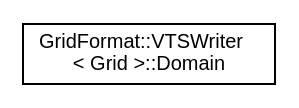
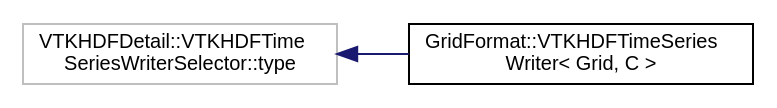
The diagram in inherit_graph_46.dot (dglaeser/gridformat), drawn with Graphviz before and after one commit. The commit also changed 368 other files, not shown here.

```diff
--- a/inherit_graph_46.dot
+++ b/inherit_graph_46.dot
@@ -1,8 +1,10 @@
 digraph "Graphical Class Hierarchy"
 {
  // LATEX_PDF_SIZE
   edge [fontname="Helvetica",fontsize="10",labelfontname="Helvetica",labelfontsize="10"];
   node [fontname="Helvetica",fontsize="10",shape=record];
   rankdir="LR";
-  Node0 [label="GridFormat::VTSWriter\l\< Grid \>::Domain",height=0.2,width=0.4,color="black", fillcolor="white", style="filled",URL="$structGridFormat_1_1VTSWriter_1_1Domain.html",tooltip=" "];
+  Node101 [label="VTKHDFDetail::VTKHDFTime\lSeriesWriterSelector::type",height=0.2,width=0.4,color="grey75", fillcolor="white", style="filled",tooltip=" "];
+  Node101 -> Node0 [dir="back",color="midnightblue",fontsize="10",style="solid",fontname="Helvetica"];
+  Node0 [label="GridFormat::VTKHDFTimeSeries\lWriter\< Grid, C \>",height=0.2,width=0.4,color="black", fillcolor="white", style="filled",URL="$classGridFormat_1_1VTKHDFTimeSeriesWriter.html",tooltip="TODO: Doc me."];
 }
```
